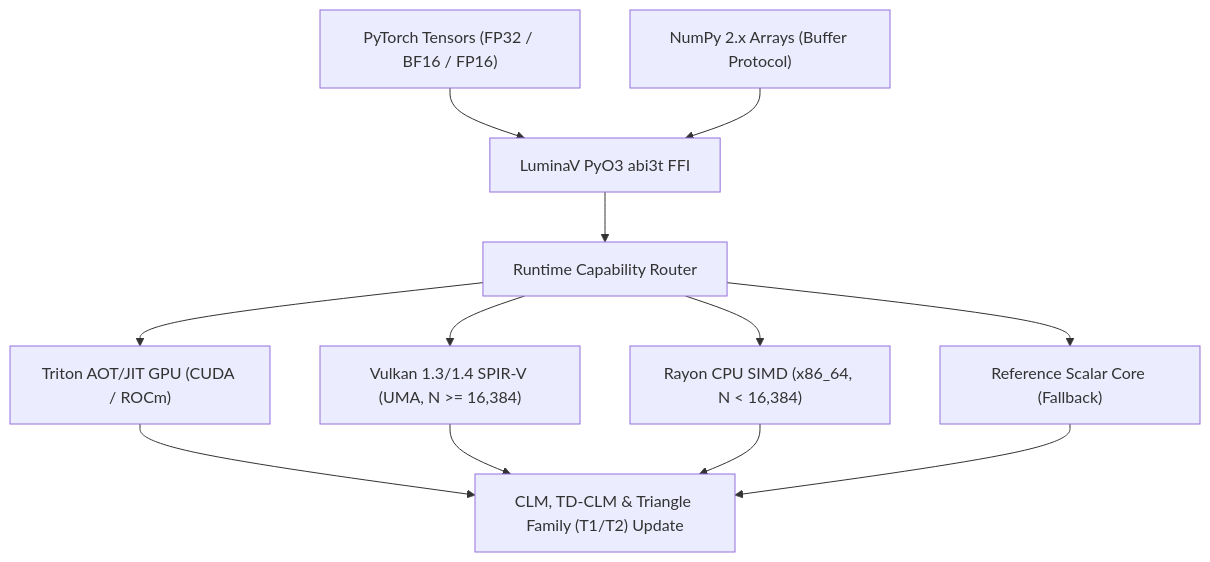
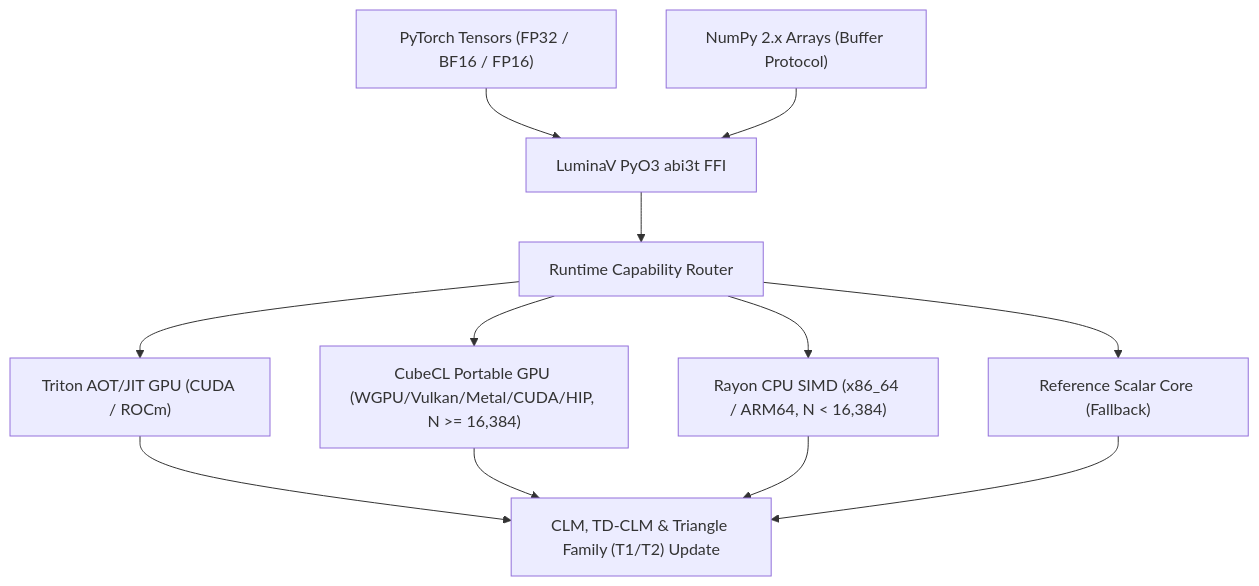
One commit to cloverx-id/luminamoon changed the diagram in docs/optimize/README.md. Above: the diagram before and after it, drawn with Mermaid. The commit also changed other lines of this file and 524 other files, not shown here.

````diff
--- a/docs/optimize/README.md
+++ b/docs/optimize/README.md
@@ -11,11 +11,11 @@
 ```mermaid
 flowchart TD
     PyTorch["PyTorch Tensors (FP32 / BF16 / FP16)"] --> FFI["LuminaV PyO3 abi3t FFI"]
     NumPy["NumPy 2.x Arrays (Buffer Protocol)"] --> FFI
     FFI --> Dispatcher["Runtime Capability Router"]
     Dispatcher --> Triton["Triton AOT/JIT GPU (CUDA / ROCm)"]
-    Dispatcher --> Vulkan["Vulkan 1.3/1.4 SPIR-V (UMA, N >= 16,384)"]
-    Dispatcher --> SIMD["Rayon CPU SIMD (x86_64, N < 16,384)"]
+    Dispatcher --> CubeCL["CubeCL Portable GPU (WGPU/Vulkan/Metal/CUDA/HIP, N >= 16,384)"]
+    Dispatcher --> SIMD["Rayon CPU SIMD (x86_64 / ARM64, N < 16,384)"]
     Dispatcher --> Scalar["Reference Scalar Core (Fallback)"]
-    Triton & Vulkan & SIMD & Scalar --> Math["CLM, TD-CLM & Triangle Family (T1/T2) Update"]
+    Triton & CubeCL & SIMD & Scalar --> Math["CLM, TD-CLM & Triangle Family (T1/T2) Update"]
 ```
````
